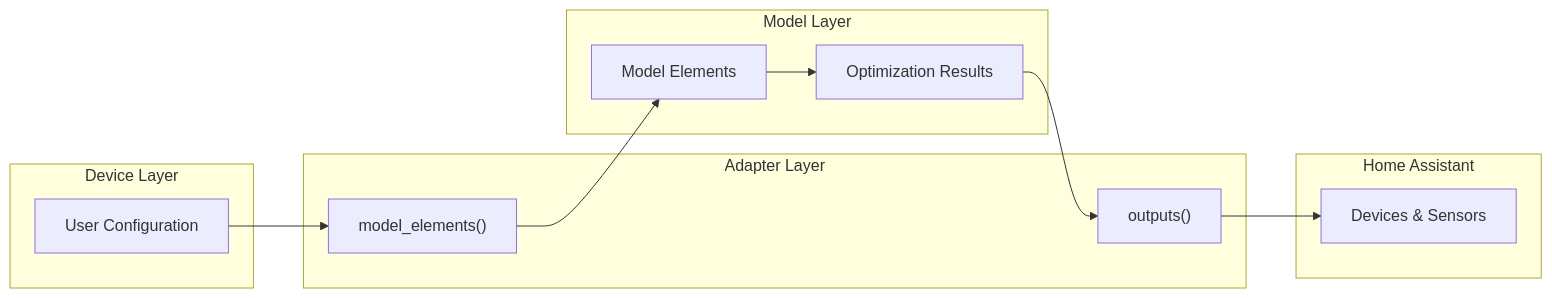
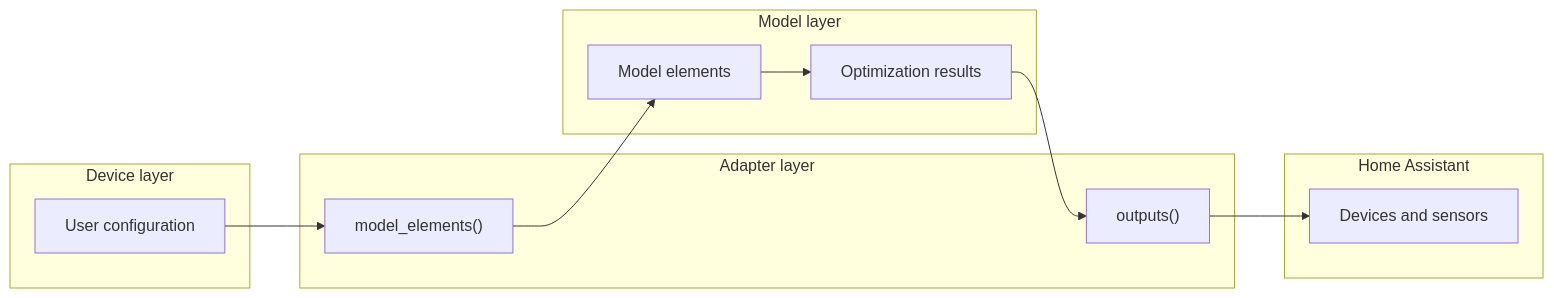
The diagram in docs/developer-guide/adapter-layer.md (hass-energy/haeo), drawn with Mermaid before and after one commit. The commit also changed other lines of this file and 52 other files, not shown here.

````diff
--- a/docs/developer-guide/adapter-layer.md
+++ b/docs/developer-guide/adapter-layer.md
@@ -22,26 +21,26 @@
 ```mermaid
 graph LR
-    subgraph "Device Layer"
-        Config[User Configuration]
+    subgraph "Device layer"
+        Config[User configuration]
     end
 
-    subgraph "Adapter Layer"
+    subgraph "Adapter layer"
         Create["model_elements()"]
         Map["outputs()"]
     end
 
-    subgraph "Model Layer"
-        Model[Model Elements]
-        Results[Optimization Results]
+    subgraph "Model layer"
+        Model[Model elements]
+        Results[Optimization results]
     end
 
     subgraph "Home Assistant"
-        Devices[Devices & Sensors]
+        Devices[Devices and sensors]
     end
 
     Config --> Create
     Create --> Model
     Model --> Results
     Results --> Map
     Map --> Devices
 ```
````
